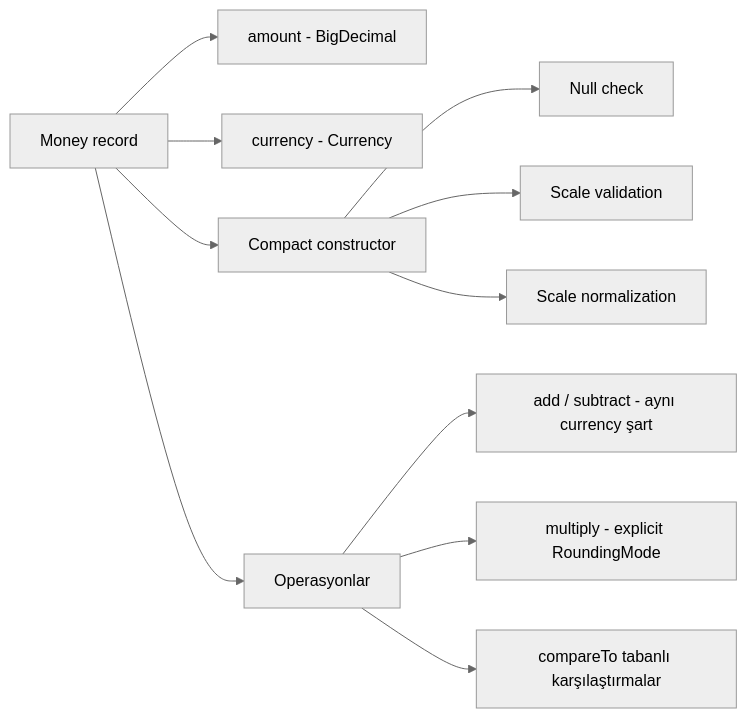
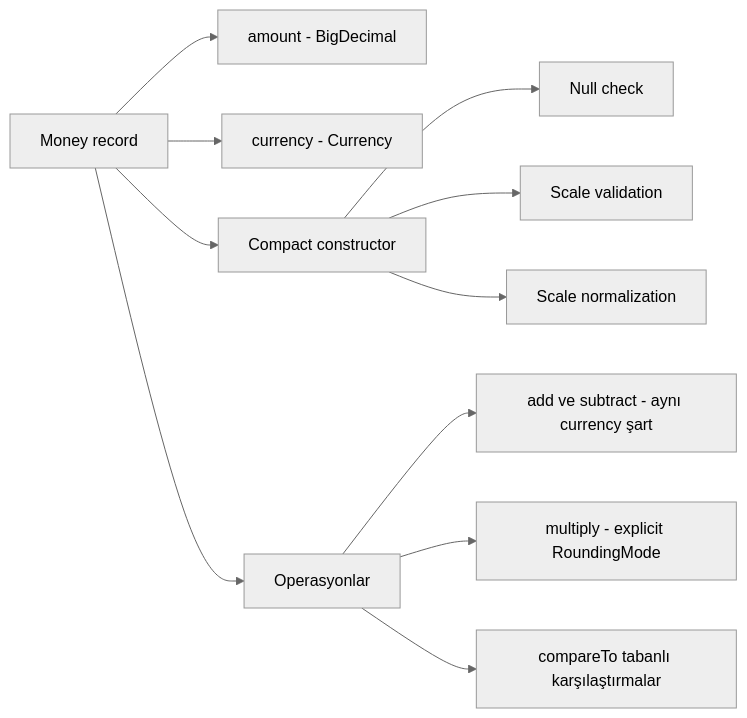
The fifth of 5 diagrams in 01-foundation/03-money-handling/README.md (adraarda23/banking-learning), drawn with Mermaid (neutral theme) before and after one commit. The commit also changed other lines of this file and 37 other files, not shown here.

````diff
--- a/01-foundation/03-money-handling/README.md
+++ b/01-foundation/03-money-handling/README.md
@@ -568,13 +480,13 @@
 ```mermaid
 flowchart LR
     M["Money record"] --> A["amount - BigDecimal"]
     M --> C["currency - Currency"]
     M --> K["Compact constructor"]
     K --> K1["Null check"]
     K --> K2["Scale validation"]
     K --> K3["Scale normalization"]
     M --> O["Operasyonlar"]
-    O --> O1["add / subtract - aynı currency şart"]
+    O --> O1["add ve subtract - aynı currency şart"]
     O --> O2["multiply - explicit RoundingMode"]
     O --> O3["compareTo tabanlı karşılaştırmalar"]
 ```
````
